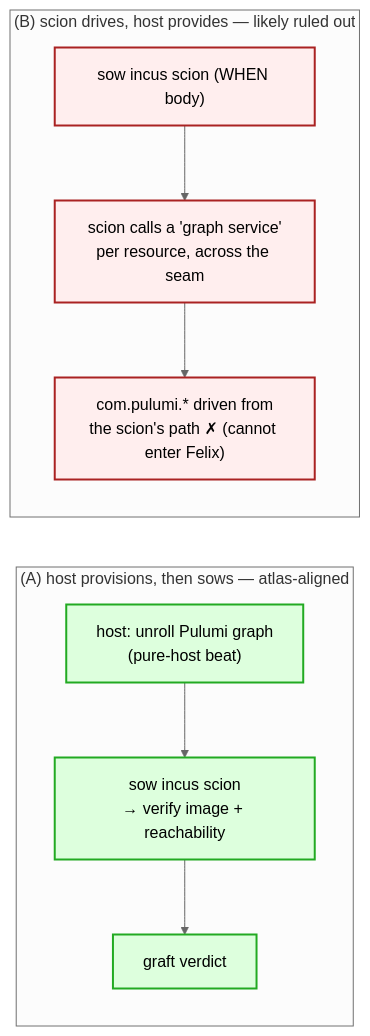
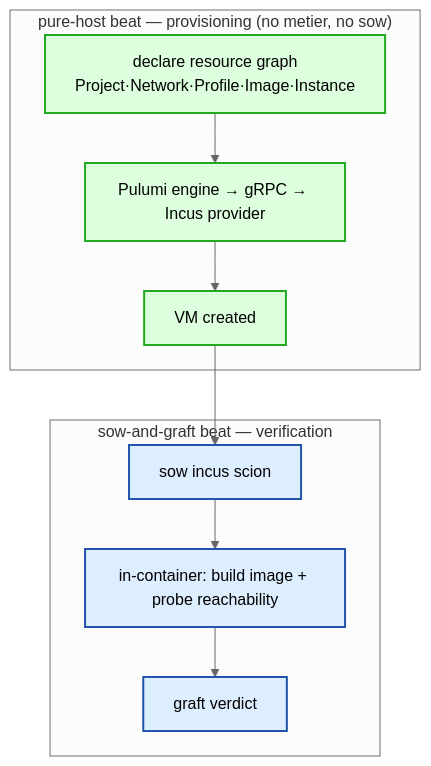
The third of 3 diagrams in docs/architecture/bootstrap/provisioning-slice-architecture.adoc (nxmatic/rke2lab), drawn with Mermaid (neutral theme) before and after one commit. The commit also changed other lines of this file, not shown here.

First line of the commit message:
docs(bootstrap): settle the provision-WHEN crux — shape (A), (B) physically impossible

```diff
--- a/docs/architecture/bootstrap/provisioning-slice-architecture.adoc
+++ b/docs/architecture/bootstrap/provisioning-slice-architecture.adoc
@@ -334,24 +339,24 @@
 [mermaid]
 ----
-flowchart LR
-  subgraph A["(A) host provisions, then sows — atlas-aligned"]
-    direction TB
-    a1["host: unroll Pulumi graph<br/>(pure-host beat)"]
-    a2["sow incus scion<br/>→ verify image + reachability"]
-    a3["graft verdict"]
+flowchart TB
+  subgraph host["pure-host beat — provisioning (no metier, no sow)"]
+    a1["declare resource graph<br/>Project·Network·Profile·Image·Instance"]
+    a2["Pulumi engine → gRPC → Incus provider"]
+    a3["VM created"]
     a1 --> a2 --> a3
   end
 
-  subgraph B["(B) scion drives, host provides — likely ruled out"]
-    direction TB
-    b1["sow incus scion (WHEN body)"]
-    b2["scion calls a 'graph service'<br/>per resource, across the seam"]
-    b3["com.pulumi.* driven from<br/>the scion's path ✗ (cannot enter Felix)"]
+  subgraph sow["sow-and-graft beat — verification"]
+    b1["sow incus scion"]
+    b2["in-container: build image + probe reachability"]
+    b3["graft verdict"]
     b1 --> b2 --> b3
   end
 
-  classDef ok fill:#dfd,stroke:#2a2,stroke-width:2px;
-  classDef bad fill:#fee,stroke:#a22,stroke-width:2px;
-  class a1,a2,a3 ok;
-  class b1,b2,b3 bad;
+  a3 --> b1
+
+  classDef h fill:#dfd,stroke:#2a2,stroke-width:2px;
+  classDef s fill:#def,stroke:#25a,stroke-width:2px;
+  class a1,a2,a3 h;
+  class b1,b2,b3 s;
 ----
```
